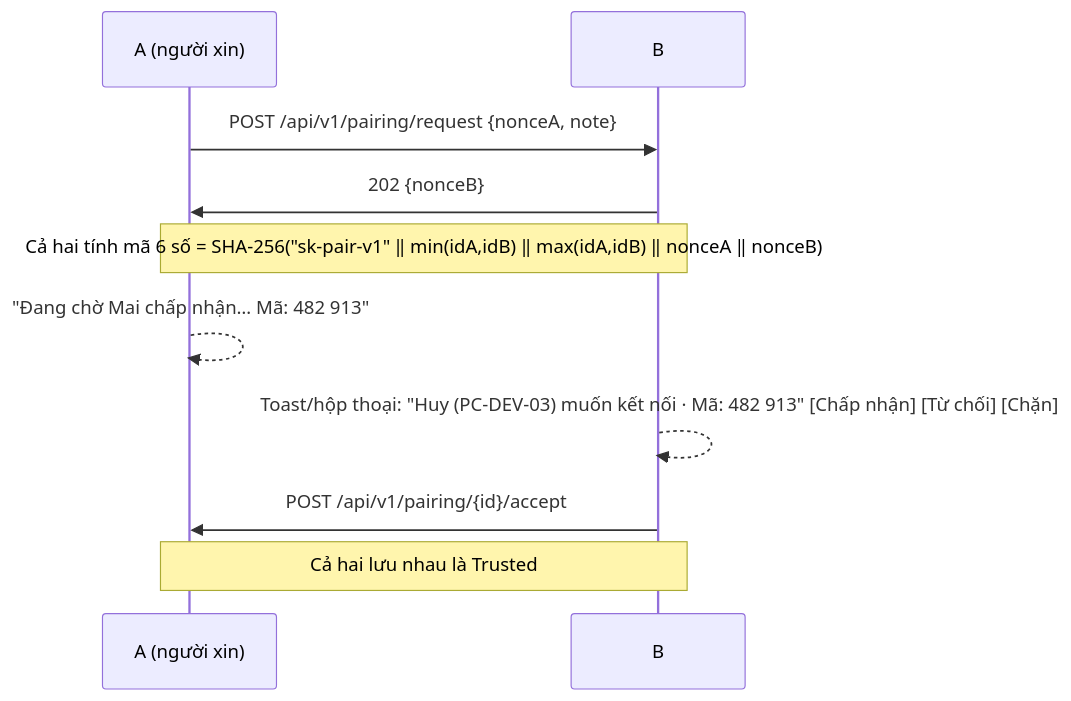
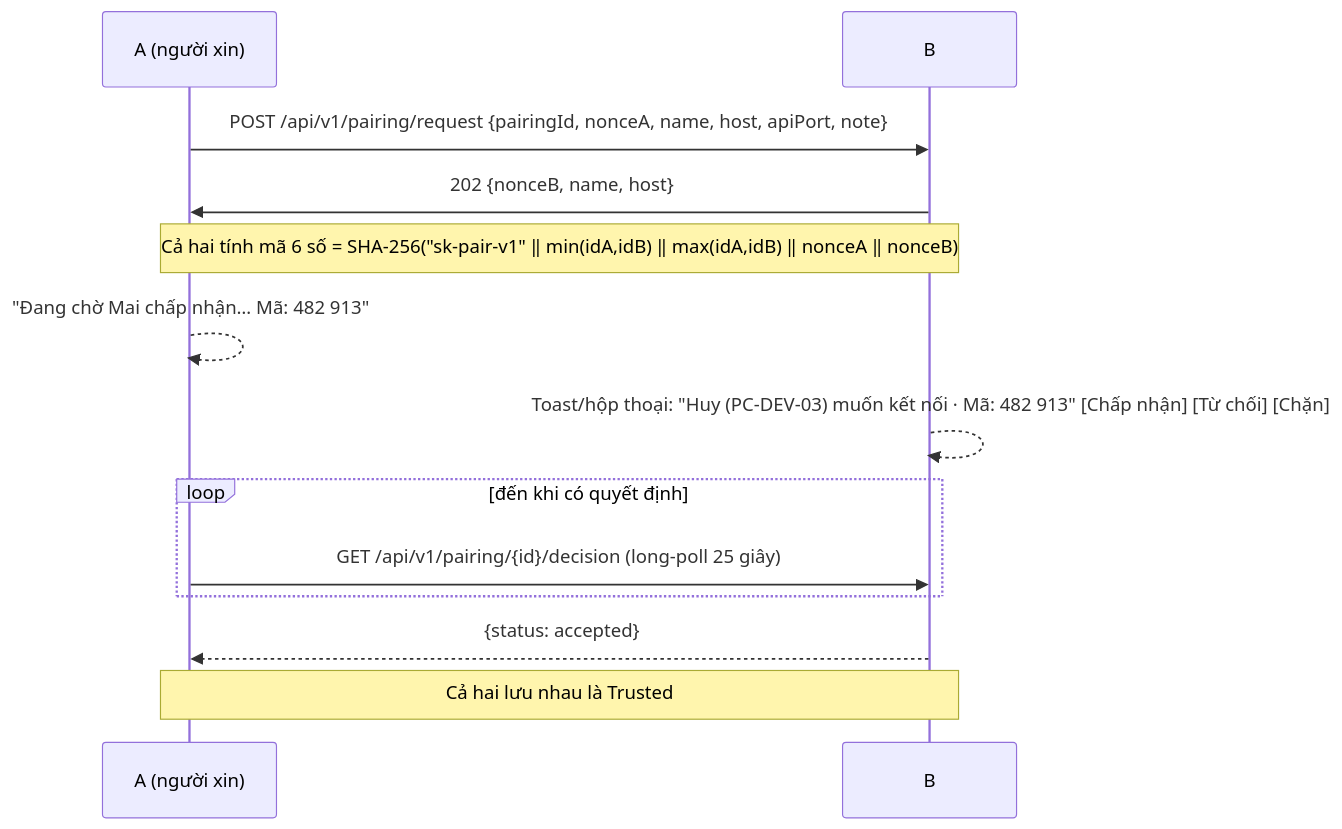
Before and after one commit to dolehuy00/Shore: the diagram in docs/04-identity-security.md, drawn with Mermaid. The commit also changed other lines of this file and 44 other files, not shown here.

````diff
--- a/docs/04-identity-security.md
+++ b/docs/04-identity-security.md
@@ -61,12 +61,15 @@
 ```mermaid
 sequenceDiagram
     participant A as A (người xin)
     participant B as B
-    A->>B: POST /api/v1/pairing/request {nonceA, note}
-    B->>A: 202 {nonceB}
+    A->>B: POST /api/v1/pairing/request {pairingId, nonceA, name, host, apiPort, note}
+    B->>A: 202 {nonceB, name, host}
     Note over A,B: Cả hai tính mã 6 số = SHA-256("sk-pair-v1" ‖ min(idA,idB) ‖ max(idA,idB) ‖ nonceA ‖ nonceB)
     A-->>A: "Đang chờ Mai chấp nhận… Mã: 482 913"
     B-->>B: Toast/hộp thoại: "Huy (PC-DEV-03) muốn kết nối · Mã: 482 913" [Chấp nhận] [Từ chối] [Chặn]
-    B->>A: POST /api/v1/pairing/{id}/accept
+    loop đến khi có quyết định
+        A->>B: GET /api/v1/pairing/{id}/decision (long-poll 25 giây)
+    end
+    B-->>A: {status: accepted}
     Note over A,B: Cả hai lưu nhau là Trusted
 ```
````
